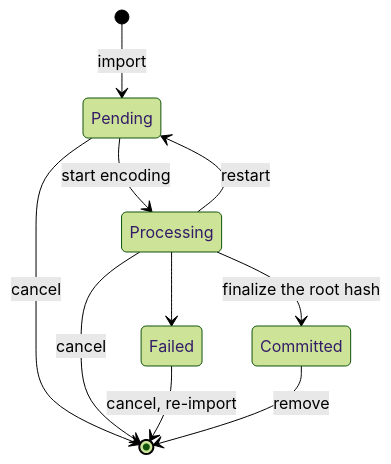
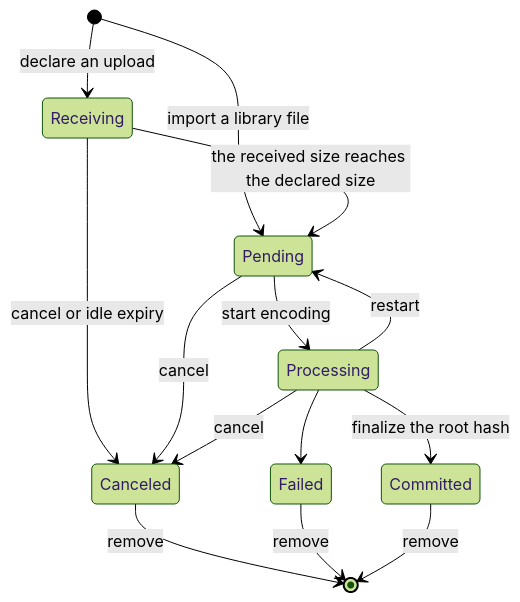
One commit to omnius-labs/axus changed the second of 4 diagrams in docs/design/file-transfer.md. Above: the diagram before and after it, drawn with Mermaid (forest theme). The commit also changed other lines of this file and 6 other files, not shown here.

````diff
--- a/docs/design/file-transfer.md
+++ b/docs/design/file-transfer.md
@@ -89,12 +89,16 @@
 ```mermaid
 stateDiagram-v2
-    [*] --> Pending: import
+    [*] --> Receiving: declare an upload
+    [*] --> Pending: import a library file
+    Receiving --> Pending: the received size reaches the declared size
+    Receiving --> Canceled: cancel or idle expiry
     Pending --> Processing: start encoding
     Processing --> Pending: restart
     Processing --> Failed
     Processing --> Committed: finalize the root hash
-    Pending --> [*]: cancel
-    Processing --> [*]: cancel
-    Failed --> [*]: cancel, re-import
+    Pending --> Canceled: cancel
+    Processing --> Canceled: cancel
+    Canceled --> [*]: remove
+    Failed --> [*]: remove
     Committed --> [*]: remove
 ```
````
